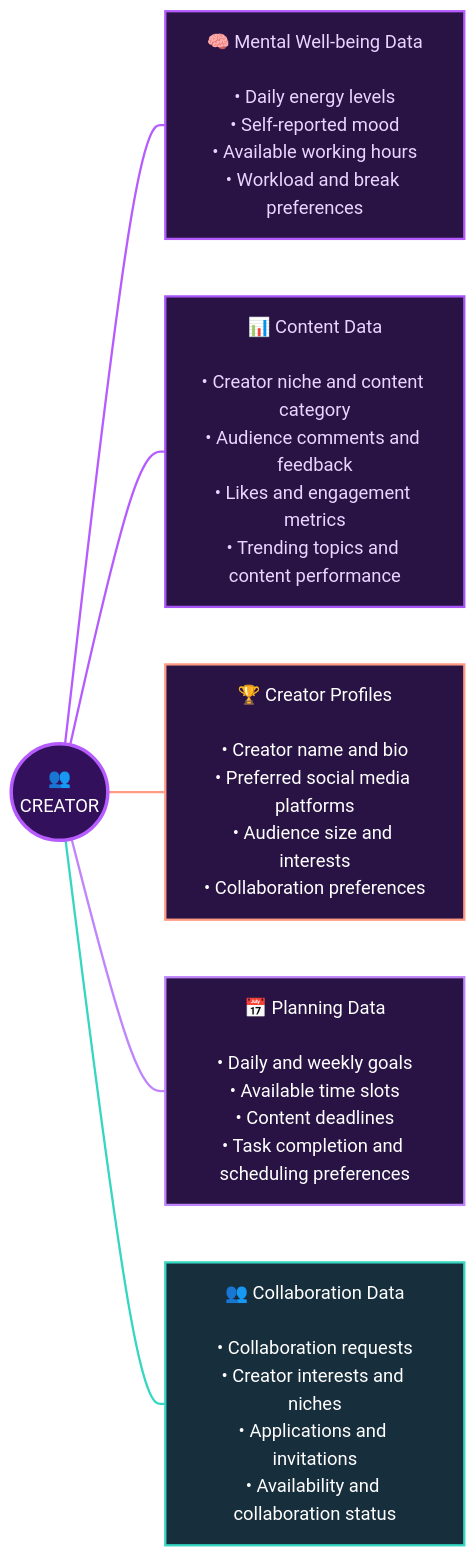
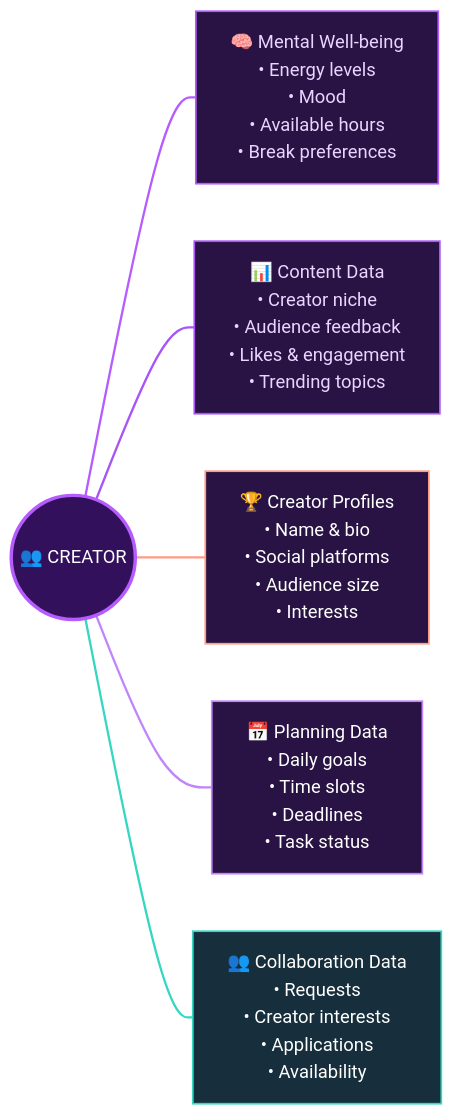
One commit to farinaahamed06gif/creator-connect- changed the second of 2 diagrams in README.md. Above: the diagram before and after it, drawn with Mermaid. The commit also changed other lines of this file, not shown here.

````diff
--- a/README.md
+++ b/README.md
@@ -82,33 +82,34 @@
 ```mermaid
 flowchart LR
-    A(("👥<br/>CREATOR"))
+    A(("👥 CREATOR"))
 
-    A --- B["🧠 Mental Well-being Data<br/><br/>• Daily energy levels<br/>• Self-reported mood<br/>• Available working hours<br/>• Workload and break preferences"]
+    A --- B["🧠 Mental Well-being<br/>• Energy levels<br/>• Mood<br/>• Available hours<br/>• Break preferences"]
 
-    A --- C["📊 Content Data<br/><br/>• Creator niche and content category<br/>• Audience comments and feedback<br/>• Likes and engagement metrics<br/>• Trending topics and content performance"]
+    A --- C["📊 Content Data<br/>• Creator niche<br/>• Audience feedback<br/>• Likes & engagement<br/>• Trending topics"]
 
-    A --- D["🏆 Creator Profiles<br/><br/>• Creator name and bio<br/>• Preferred social media platforms<br/>• Audience size and interests<br/>• Collaboration preferences"]
+    A --- D["🏆 Creator Profiles<br/>• Name & bio<br/>• Social platforms<br/>• Audience size<br/>• Interests"]
 
-    A --- E["📅 Planning Data<br/><br/>• Daily and weekly goals<br/>• Available time slots<br/>• Content deadlines<br/>• Task completion and scheduling preferences"]
+    A --- E["📅 Planning Data<br/>• Daily goals<br/>• Time slots<br/>• Deadlines<br/>• Task status"]
 
-    A --- F["👥 Collaboration Data<br/><br/>• Collaboration requests<br/>• Creator interests and niches<br/>• Applications and invitations<br/>• Availability and collaboration status"]
+    A --- F["👥 Collaboration Data<br/>• Requests<br/>• Creator interests<br/>• Applications<br/>• Availability"]
 
     classDef center fill:#32105C,stroke:#B65CFF,color:#FFFFFF,stroke-width:3px
-    classDef mental fill:#281344,stroke:#B65CFF,color:#E9D5FF,stroke-width:2px
-    classDef content fill:#281344,stroke:#A855F7,color:#E9D5FF,stroke-width:2px
-    classDef profile fill:#281344,stroke:#FF9B83,color:#FFFFFF,stroke-width:2px
-    classDef planning fill:#281344,stroke:#C084FC,color:#FFFFFF,stroke-width:2px
-    classDef collab fill:#172E3C,stroke:#35D6C2,color:#FFFFFF,stroke-width:2px
+    classDef mental fill:#281344,stroke:#B65CFF,color:#E9D5FF,stroke-width:1.5px
+    classDef content fill:#281344,stroke:#A855F7,color:#E9D5FF,stroke-width:1.5px
+    classDef profile fill:#281344,stroke:#FF9B83,color:#FFFFFF,stroke-width:1.5px
+    classDef planning fill:#281344,stroke:#C084FC,color:#FFFFFF,stroke-width:1.5px
+    classDef collab fill:#172E3C,stroke:#35D6C2,color:#FFFFFF,stroke-width:1.5px
 
     class A center
     class B mental
     class C content
     class D profile
     class E planning
     class F collab
 
-    linkStyle 0,1 stroke:#B65CFF,stroke-width:2px
+    linkStyle 0 stroke:#B65CFF,stroke-width:2px
+    linkStyle 1 stroke:#A855F7,stroke-width:2px
     linkStyle 2 stroke:#FF9B83,stroke-width:2px
     linkStyle 3 stroke:#C084FC,stroke-width:2px
     linkStyle 4 stroke:#35D6C2,stroke-width:2px
 ```
````
